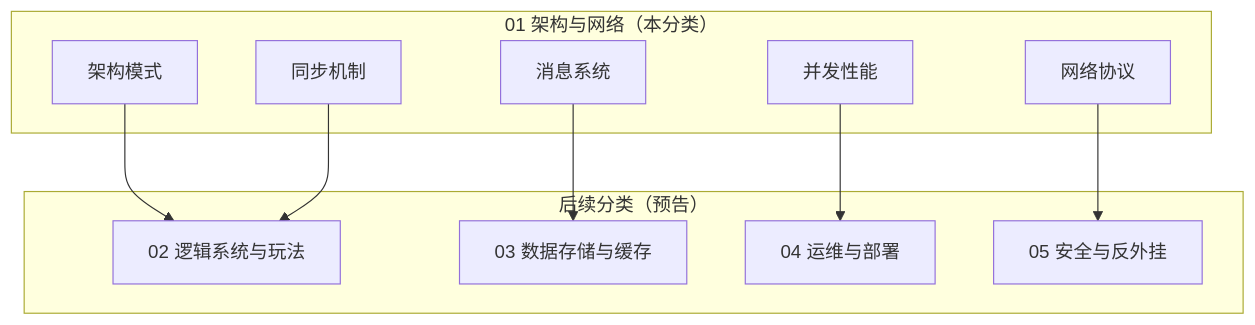
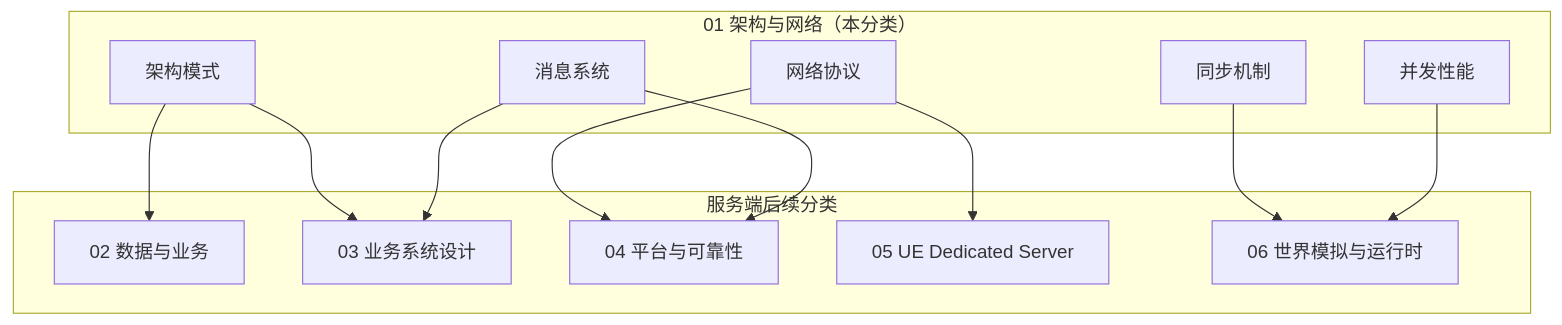
One commit to fantuan812/learning changed the second of 2 diagrams in 游戏服务端/01-架构与网络/README.md. Above: the diagram before and after it, drawn with Mermaid. The commit also changed other lines of this file and 22 other files, not shown here.

````diff
--- a/游戏服务端/01-架构与网络/README.md
+++ b/游戏服务端/01-架构与网络/README.md
@@ -82,21 +82,25 @@
 ```mermaid
 flowchart TB
     subgraph ARCH["01 架构与网络（本分类）"]
         A1["架构模式"]
         A2["网络协议"]
         A3["同步机制"]
         A4["消息系统"]
         A5["并发性能"]
     end
-    subgraph OTHER["后续分类（预告）"]
-        B1["02 逻辑系统与玩法"]
-        B2["03 数据存储与缓存"]
-        B3["04 运维与部署"]
-        B4["05 安全与反外挂"]
+    subgraph OTHER["服务端后续分类"]
+        B1["02 数据与业务"]
+        B2["03 业务系统设计"]
+        B3["04 平台与可靠性"]
+        B4["05 UE Dedicated Server"]
+        B5["06 世界模拟与运行时"]
     end
     A1 --> B1
+    A1 --> B2
+    A2 --> B3
     A2 --> B4
+    A3 --> B5
     A4 --> B2
-    A5 --> B3
-    A3 --> B1
+    A4 --> B3
+    A5 --> B5
 ```
````
